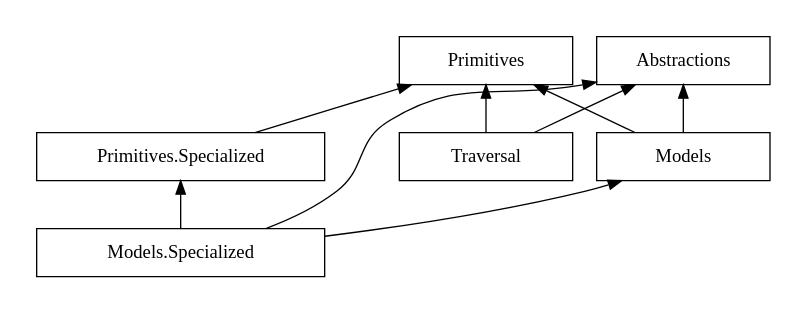
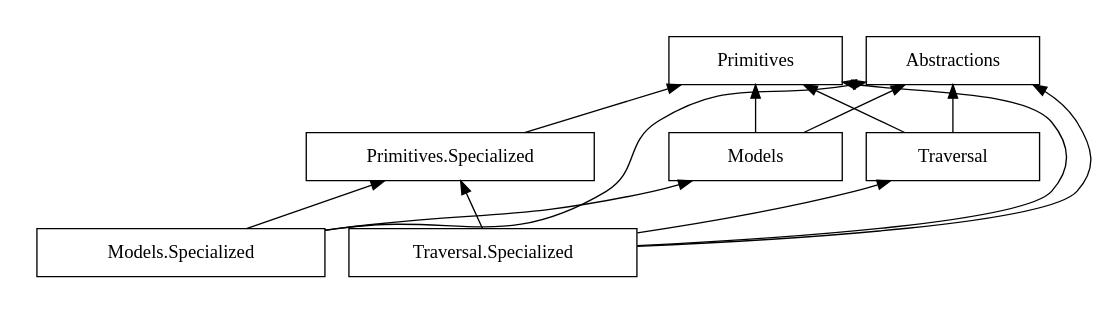
Before and after one commit to qbit86/arborescence: the diagram in tools/Tools.Workbench/IndexedGraphs/10.gv, drawn with Graphviz.

Commit message:
[Tests] Add node "Traversal.Specialized" to sample 10.gv

```diff
--- a/tools/Tools.Workbench/IndexedGraphs/10.gv
+++ b/tools/Tools.Workbench/IndexedGraphs/10.gv
@@ -1,31 +1,33 @@
 digraph Packages {
   rankdir=BT
   node [shape=box fixedsize=true fontname="JetBrains Mono"]
   subgraph Generic {
     cluster=true
     style=invis
     node [width=1.8]
     a [label=Abstractions]
     b [label=Primitives]
     c [label=Models]
     d [label=Traversal]
   }
   subgraph Specialized {
     cluster=true
     style=invis
     node [width=3.0]
     e [label="Primitives.Specialized"]
     f [label="Models.Specialized"]
-    // g [label="Traversal.Specialized"]
+    g [label="Traversal.Specialized"]
   }
   c -> a
   c -> b
   d -> a
   d -> b
   e -> b
   f -> a
   f -> c
   f -> e
-  // g -> a
-  // g -> e
+  g -> a
+  g -> b
+  g -> d
+  g -> e
 }
```
